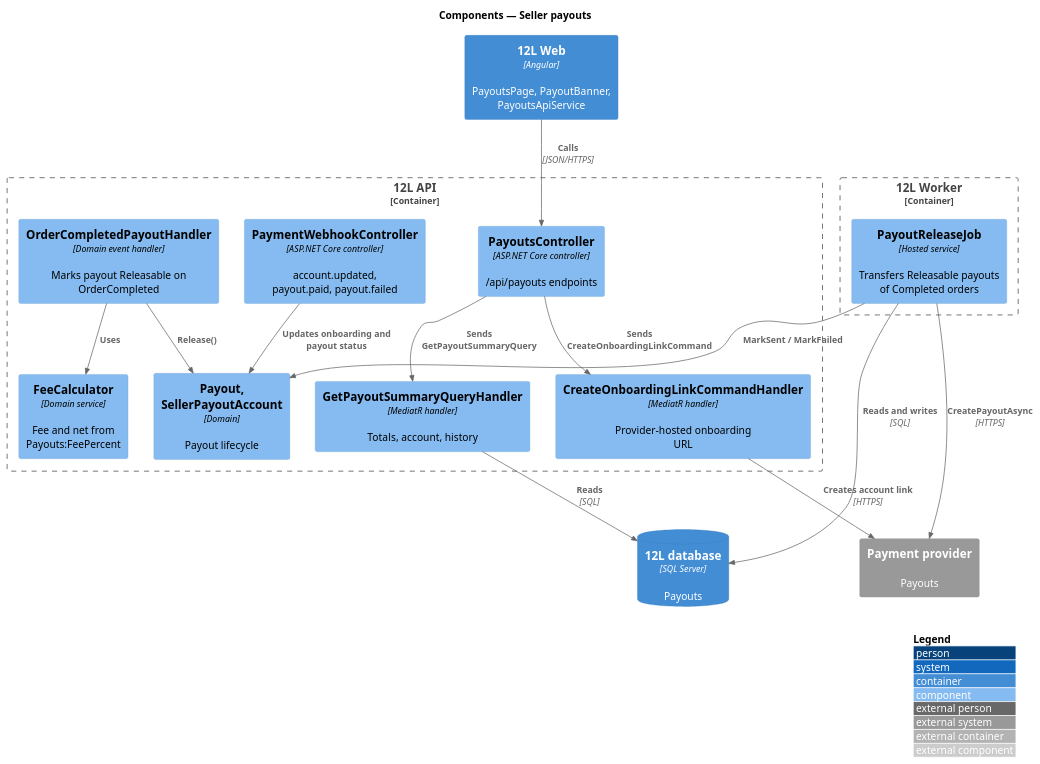
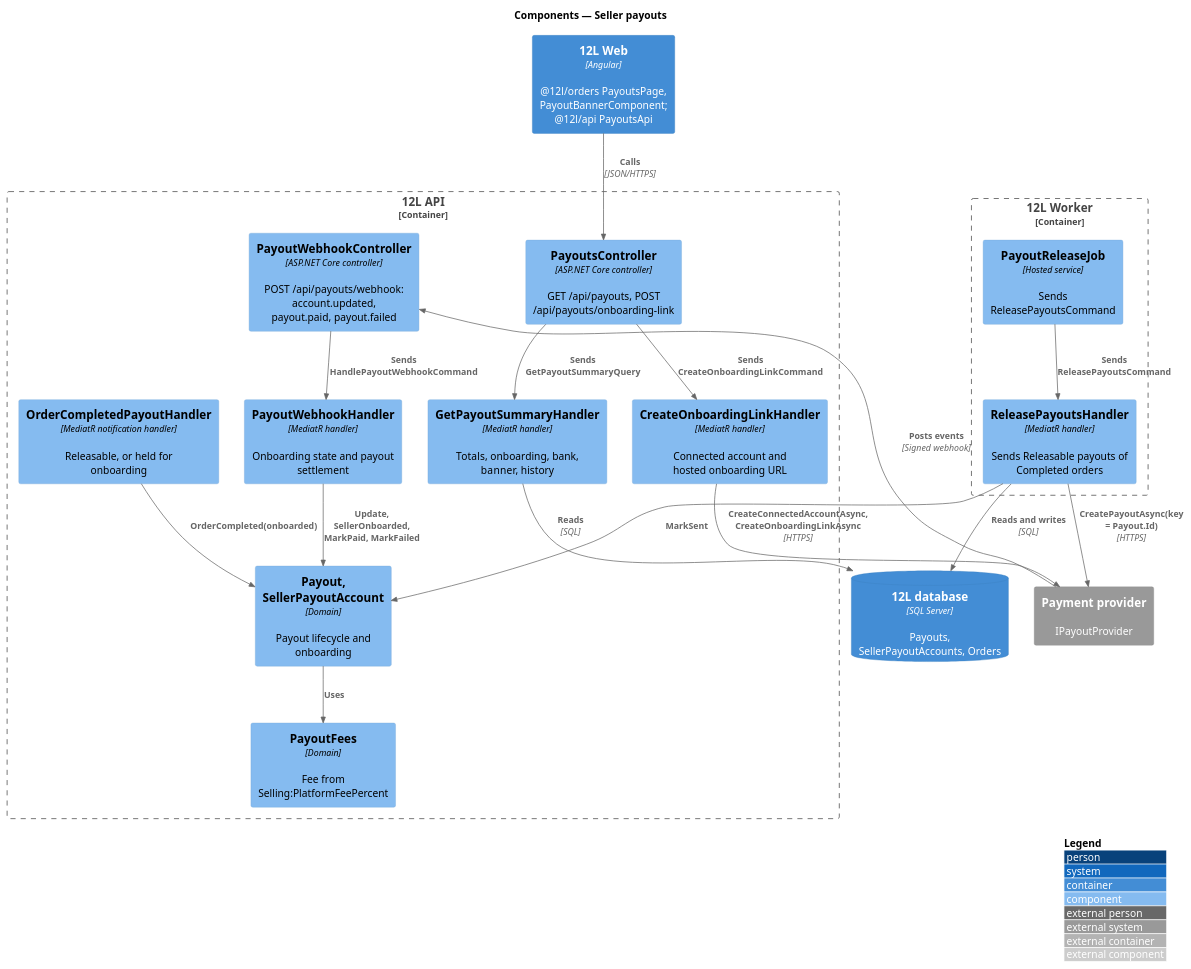
The diagram in docs/detailed-designs/orders/seller-payouts/diagrams/c4-component.puml (QuinntyneBrown/12l), drawn with PlantUML before and after one commit. The commit also changed 64 other files, not shown here.

Commit message:
Document seller-payouts: design, ADR orders/0005, L2-031, Stat and Alert, composition, estimates

```diff
--- a/docs/detailed-designs/orders/seller-payouts/diagrams/c4-component.puml
+++ b/docs/detailed-designs/orders/seller-payouts/diagrams/c4-component.puml
@@ -1,32 +1,37 @@
 @startuml
 !include <C4/C4_Component>
 LAYOUT_WITH_LEGEND()
 title Components — Seller payouts
 
-Container(web, "12L Web", "Angular", "PayoutsPage, PayoutBanner, PayoutsApiService")
+Container(web, "12L Web", "Angular", "@12l/orders PayoutsPage, PayoutBannerComponent; @12l/api PayoutsApi")
 Container_Boundary(api, "12L API") {
-  Component(ctrl, "PayoutsController", "ASP.NET Core controller", "/api/payouts endpoints")
-  Component(wh, "PaymentWebhookController", "ASP.NET Core controller", "account.updated, payout.paid, payout.failed")
-  Component(q, "GetPayoutSummaryQueryHandler", "MediatR handler", "Totals, account, history")
-  Component(ol, "CreateOnboardingLinkCommandHandler", "MediatR handler", "Provider-hosted onboarding URL")
-  Component(evt, "OrderCompletedPayoutHandler", "Domain event handler", "Marks payout Releasable on OrderCompleted")
-  Component(fee, "FeeCalculator", "Domain service", "Fee and net from Payouts:FeePercent")
-  Component(ent, "Payout, SellerPayoutAccount", "Domain", "Payout lifecycle")
+  Component(ctrl, "PayoutsController", "ASP.NET Core controller", "GET /api/payouts, POST /api/payouts/onboarding-link")
+  Component(wh, "PayoutWebhookController", "ASP.NET Core controller", "POST /api/payouts/webhook: account.updated, payout.paid, payout.failed")
+  Component(q, "GetPayoutSummaryHandler", "MediatR handler", "Totals, onboarding, bank, banner, history")
+  Component(ol, "CreateOnboardingLinkHandler", "MediatR handler", "Connected account and hosted onboarding URL")
+  Component(whh, "PayoutWebhookHandler", "MediatR handler", "Onboarding state and payout settlement")
+  Component(evt, "OrderCompletedPayoutHandler", "MediatR notification handler", "Releasable, or held for onboarding")
+  Component(fee, "PayoutFees", "Domain", "Fee from Selling:PlatformFeePercent")
+  Component(ent, "Payout, SellerPayoutAccount", "Domain", "Payout lifecycle and onboarding")
 }
 Container_Boundary(worker, "12L Worker") {
-  Component(job, "PayoutReleaseJob", "Hosted service", "Transfers Releasable payouts of Completed orders")
+  Component(job, "PayoutReleaseJob", "Hosted service", "Sends ReleasePayoutsCommand")
+  Component(rel, "ReleasePayoutsHandler", "MediatR handler", "Sends Releasable payouts of Completed orders")
 }
-ContainerDb(db, "12L database", "SQL Server", "Payouts")
-System_Ext(pay, "Payment provider", "Payouts")
+ContainerDb(db, "12L database", "SQL Server", "Payouts, SellerPayoutAccounts, Orders")
+System_Ext(pay, "Payment provider", "IPayoutProvider")
 Rel(web, ctrl, "Calls", "JSON/HTTPS")
+Rel(pay, wh, "Posts events", "Signed webhook")
 Rel(ctrl, q, "Sends GetPayoutSummaryQuery")
 Rel(ctrl, ol, "Sends CreateOnboardingLinkCommand")
-Rel(ol, pay, "Creates account link", "HTTPS")
-Rel(wh, ent, "Updates onboarding and payout status")
-Rel(evt, ent, "Release()")
-Rel(evt, fee, "Uses")
-Rel(job, ent, "MarkSent / MarkFailed")
-Rel(job, pay, "CreatePayoutAsync", "HTTPS")
+Rel(wh, whh, "Sends HandlePayoutWebhookCommand")
+Rel(ol, pay, "CreateConnectedAccountAsync, CreateOnboardingLinkAsync", "HTTPS")
+Rel(whh, ent, "Update, SellerOnboarded, MarkPaid, MarkFailed")
+Rel(evt, ent, "OrderCompleted(onboarded)")
+Rel(ent, fee, "Uses")
+Rel(job, rel, "Sends ReleasePayoutsCommand")
+Rel(rel, ent, "MarkSent")
+Rel(rel, pay, "CreatePayoutAsync(key = Payout.Id)", "HTTPS")
 Rel(q, db, "Reads", "SQL")
-Rel(job, db, "Reads and writes", "SQL")
+Rel(rel, db, "Reads and writes", "SQL")
 @enduml
```
